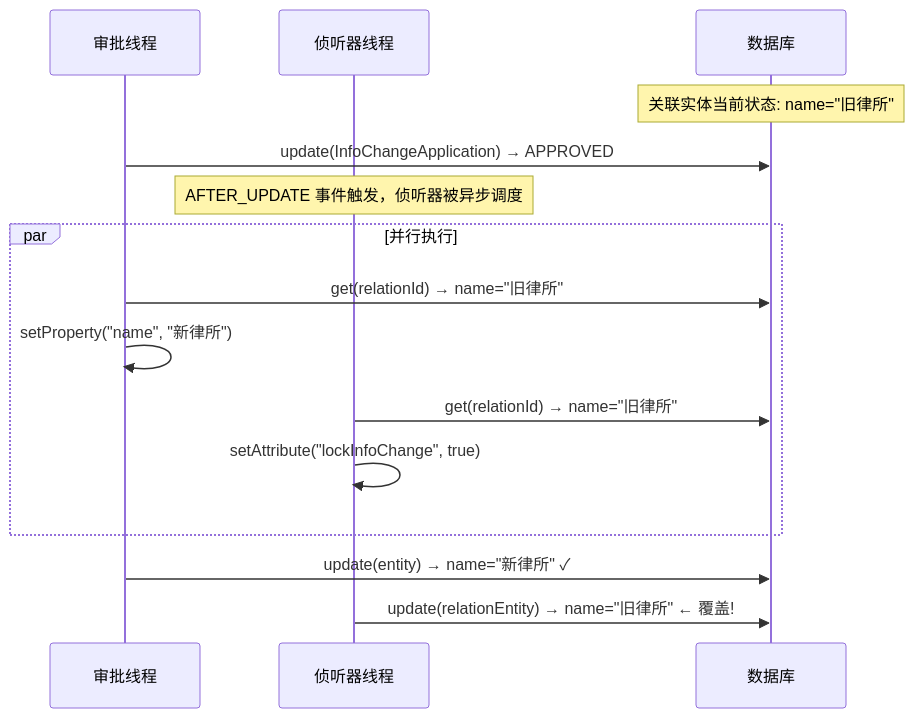
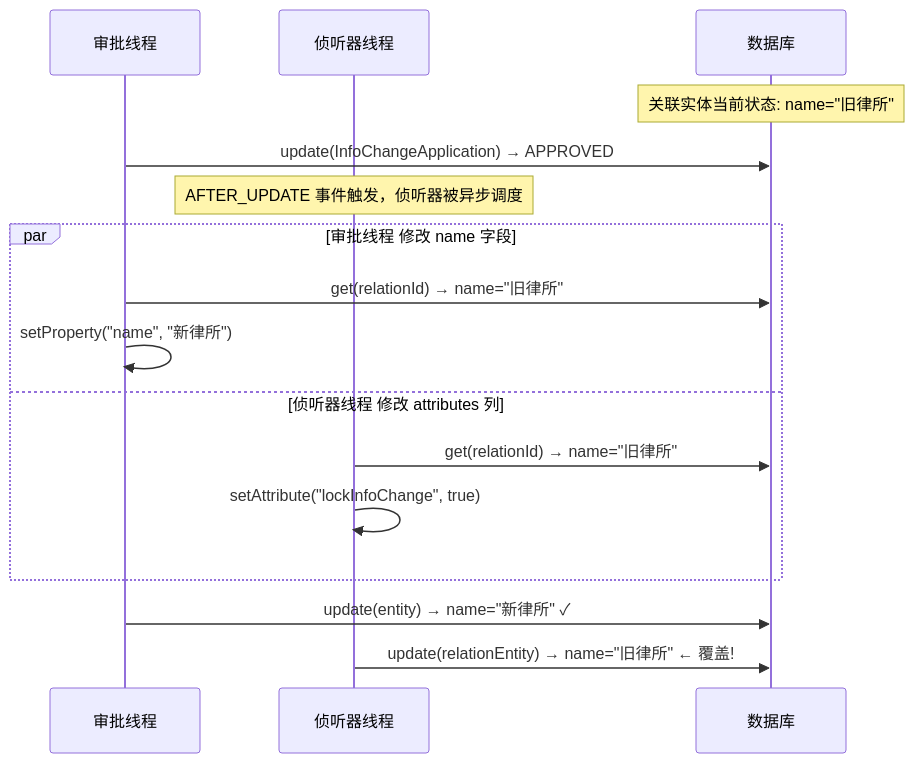
The fifth of 8 diagrams in source/_posts/2026/05/timing-issues-in-business-development.md (gadfly3173/gadfly3173.github.io), drawn with Mermaid before and after one commit. The commit also changed other lines of this file, not shown here.

````diff
--- a/source/_posts/2026/05/timing-issues-in-business-development.md
+++ b/source/_posts/2026/05/timing-issues-in-business-development.md
@@ -558,18 +558,19 @@
 ```mermaid
 sequenceDiagram
     participant Approve as 审批线程
     participant Listener as 侦听器线程
     participant DB as 数据库
 
     Note over DB: 关联实体当前状态: name="旧律所"
     Approve->>DB: update(InfoChangeApplication) → APPROVED
     Note over Listener: AFTER_UPDATE 事件触发，侦听器被异步调度
-    par 并行执行
+    par 审批线程 修改 name 字段
         Approve->>DB: get(relationId) → name="旧律所"
         Approve->>Approve: setProperty("name", "新律所")
+    and 侦听器线程 修改 attributes 列
         Listener->>DB: get(relationId) → name="旧律所"
         Listener->>Listener: setAttribute("lockInfoChange", true)
     end
     Approve->>DB: update(entity) → name="新律所" ✓
     Listener->>DB: update(relationEntity) → name="旧律所" ← 覆盖!
 ```
````
